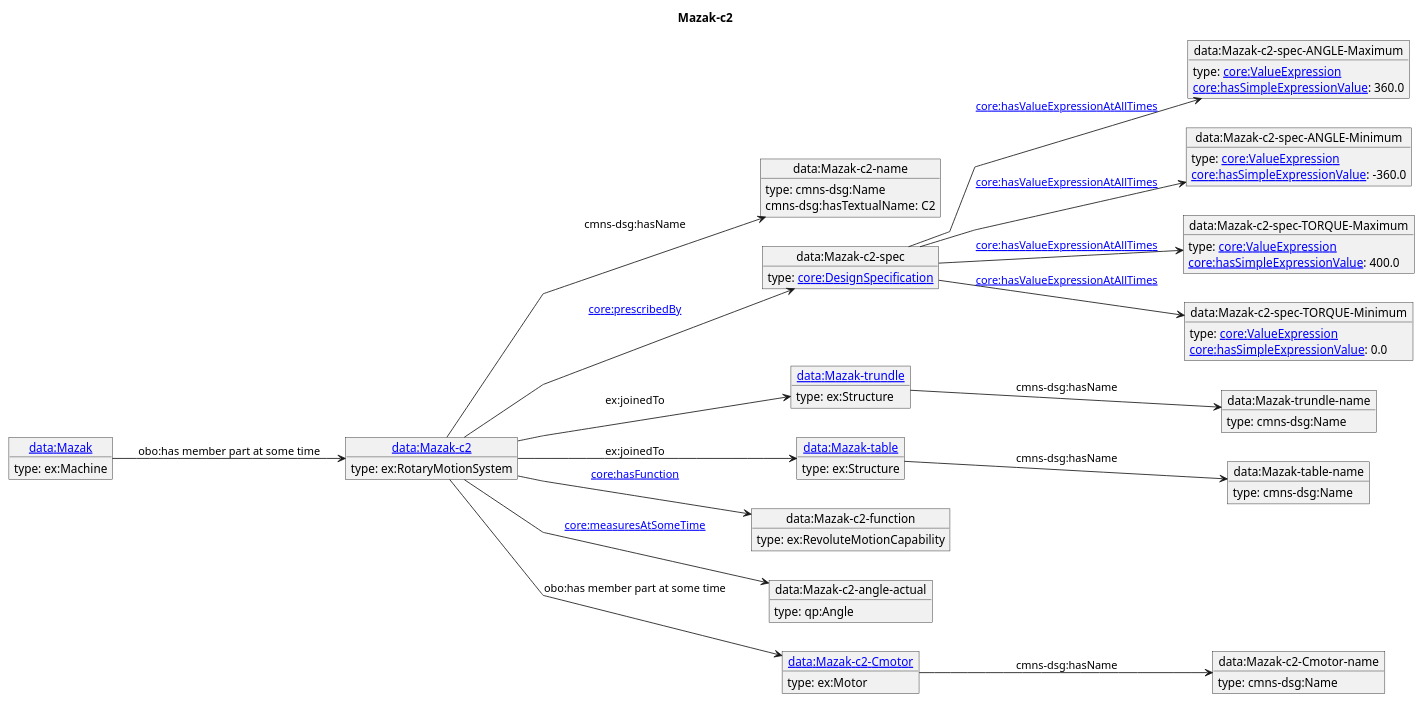
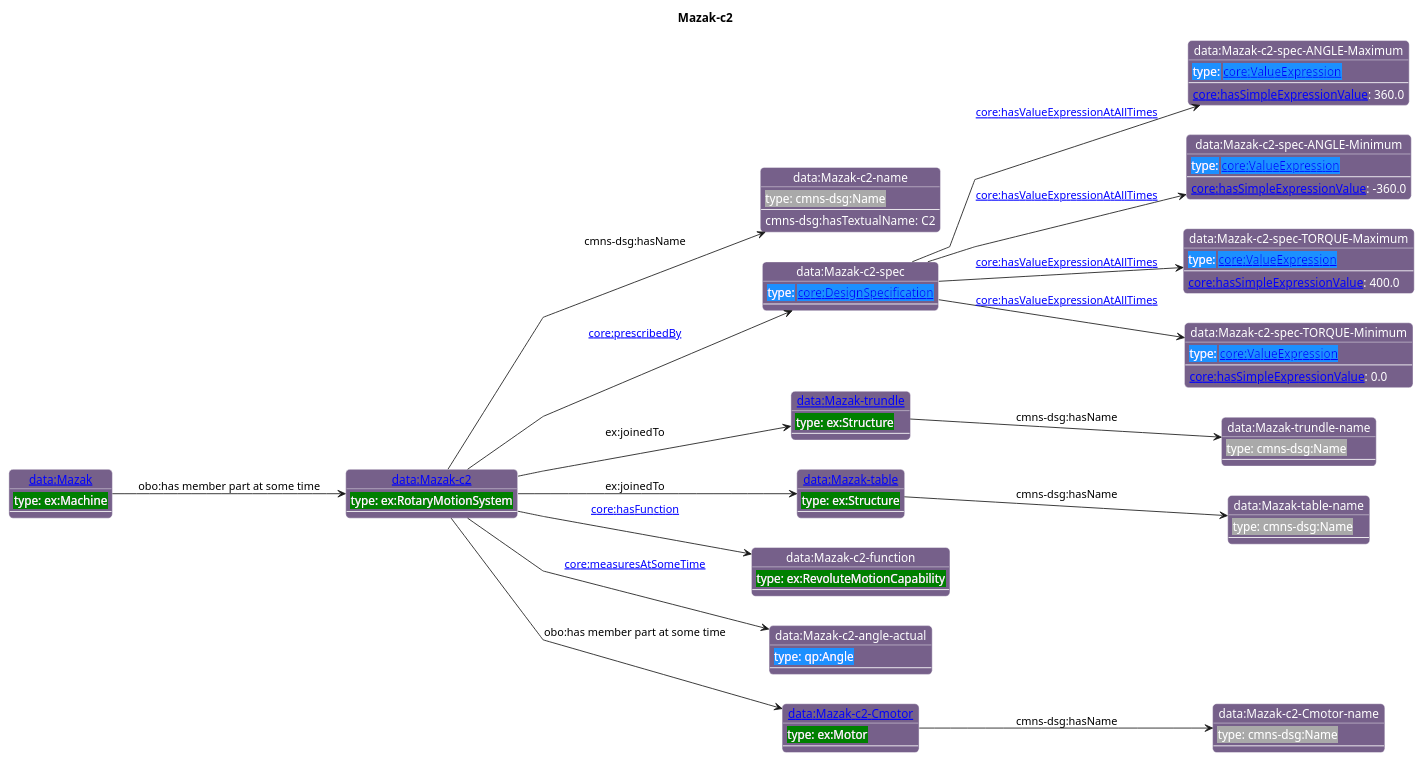
One commit to iofoundry/example-syseng-mtconnect changed the diagram in diagrams/Mazak-c2.puml. Above: the diagram before and after it, drawn with PlantUML. The commit also changed 144 other files, not shown here.

```diff
--- a/diagrams/Mazak-c2.puml
+++ b/diagrams/Mazak-c2.puml
@@ -1,73 +1,106 @@
 @startuml
 skinparam linetype polyline
 left to right direction
 title Mazak-c2
-object "[[./Mazak-c2.html data:Mazak-c2]]" as o1 {
- type: ex:RotaryMotionSystem 
+
+skinparam roundCorner 10
+
+skinparam object {
+  BackgroundColor 76608A
+  fontColor White
+  BorderColor White 
+  FontName Helvetica   
 }
-object "data:Mazak-c2-name" as o2 {
- type: cmns-dsg:Name 
+
+skinparam class{
+   BackgroundColor White
+   fontColor black
+   FontStyle bold
+   FontName Helvetica
 }
-object "data:Mazak-c2-spec" as o3 {
- type: [[https://spec.industrialontologies.org/ontology/core/Core/DesignSpecification core:DesignSpecification]] 
-}
-object "data:Mazak-c2-spec-ANGLE-Maximum" as o4 {
- type: [[https://spec.industrialontologies.org/ontology/core/Core/ValueExpression core:ValueExpression]] 
-}
-object "data:Mazak-c2-spec-ANGLE-Minimum" as o5 {
- type: [[https://spec.industrialontologies.org/ontology/core/Core/ValueExpression core:ValueExpression]] 
-}
-object "data:Mazak-c2-spec-TORQUE-Maximum" as o6 {
- type: [[https://spec.industrialontologies.org/ontology/core/Core/ValueExpression core:ValueExpression]] 
-}
-object "data:Mazak-c2-spec-TORQUE-Minimum" as o7 {
- type: [[https://spec.industrialontologies.org/ontology/core/Core/ValueExpression core:ValueExpression]] 
-}
-object "[[./Mazak-trundle.html data:Mazak-trundle]]" as o8 {
- type: ex:Structure 
-}
-object "data:Mazak-trundle-name" as o9 {
- type: cmns-dsg:Name 
-}
-object "[[./Mazak-table.html data:Mazak-table]]" as o10 {
- type: ex:Structure 
-}
-object "data:Mazak-table-name" as o11 {
- type: cmns-dsg:Name 
-}
-object "data:Mazak-c2-function" as o12 {
- type: ex:RevoluteMotionCapability 
-}
-object "data:Mazak-c2-angle-actual" as o13 {
- type: qp:Angle 
-}
-object "[[./Mazak-c2-Cmotor.html data:Mazak-c2-Cmotor]]" as o14 {
- type: ex:Motor 
-}
-object "data:Mazak-c2-Cmotor-name" as o15 {
- type: cmns-dsg:Name 
-}
-object "[[./Mazak.html data:Mazak]]" as o16 {
- type: ex:Machine 
-}
+
+object "[[./Mazak-c2.html data:Mazak-c2]]" as o1 #76608A {
+ <back:#Green>type: ex:RotaryMotionSystem</back> 
+---
+ }
+object "data:Mazak-c2-name" as o2 #76608A {
+ <back:#DarkGrey>type: cmns-dsg:Name</back> 
+---
+ }
+object "data:Mazak-c2-spec" as o3 #76608A {
+ <back:#1E90FF>type: [[https://spec.industrialontologies.org/ontology/core/Core/DesignSpecification core:DesignSpecification]]</back> 
+---
+ }
+object "data:Mazak-c2-spec-ANGLE-Maximum" as o4 #76608A {
+ <back:#1E90FF>type: [[https://spec.industrialontologies.org/ontology/core/Core/ValueExpression core:ValueExpression]]</back> 
+---
+ }
+object "data:Mazak-c2-spec-ANGLE-Minimum" as o5 #76608A {
+ <back:#1E90FF>type: [[https://spec.industrialontologies.org/ontology/core/Core/ValueExpression core:ValueExpression]]</back> 
+---
+ }
+object "data:Mazak-c2-spec-TORQUE-Maximum" as o6 #76608A {
+ <back:#1E90FF>type: [[https://spec.industrialontologies.org/ontology/core/Core/ValueExpression core:ValueExpression]]</back> 
+---
+ }
+object "data:Mazak-c2-spec-TORQUE-Minimum" as o7 #76608A {
+ <back:#1E90FF>type: [[https://spec.industrialontologies.org/ontology/core/Core/ValueExpression core:ValueExpression]]</back> 
+---
+ }
+object "[[./Mazak-trundle.html data:Mazak-trundle]]" as o8 #76608A {
+ <back:#Green>type: ex:Structure</back> 
+---
+ }
+object "data:Mazak-trundle-name" as o9 #76608A {
+ <back:#DarkGrey>type: cmns-dsg:Name</back> 
+---
+ }
+object "[[./Mazak-table.html data:Mazak-table]]" as o10 #76608A {
+ <back:#Green>type: ex:Structure</back> 
+---
+ }
+object "data:Mazak-table-name" as o11 #76608A {
+ <back:#DarkGrey>type: cmns-dsg:Name</back> 
+---
+ }
+object "data:Mazak-c2-function" as o12 #76608A {
+ <back:#Green>type: ex:RevoluteMotionCapability</back> 
+---
+ }
+object "data:Mazak-c2-angle-actual" as o13 #76608A {
+ <back:#1E90FF>type: qp:Angle</back> 
+---
+ }
+object "[[./Mazak-c2-Cmotor.html data:Mazak-c2-Cmotor]]" as o14 #76608A {
+ <back:#Green>type: ex:Motor</back> 
+---
+ }
+object "data:Mazak-c2-Cmotor-name" as o15 #76608A {
+ <back:#DarkGrey>type: cmns-dsg:Name</back> 
+---
+ }
+object "[[./Mazak.html data:Mazak]]" as o16 #76608A {
+ <back:#Green>type: ex:Machine</back> 
+---
+ }
 o1 --> o2 : cmns-dsg:hasName
 o2 : cmns-dsg:hasTextualName: C2
 o1 --> o3 : [[https://spec.industrialontologies.org/ontology/core/Core/prescribedBy core:prescribedBy]]
 o3 --> o4 : [[https://spec.industrialontologies.org/ontology/core/Core/hasValueExpressionAtAllTimes core:hasValueExpressionAtAllTimes]]
 o4 : [[https://spec.industrialontologies.org/ontology/core/Core/hasSimpleExpressionValue core:hasSimpleExpressionValue]]: 360.0
 o3 --> o5 : [[https://spec.industrialontologies.org/ontology/core/Core/hasValueExpressionAtAllTimes core:hasValueExpressionAtAllTimes]]
 o5 : [[https://spec.industrialontologies.org/ontology/core/Core/hasSimpleExpressionValue core:hasSimpleExpressionValue]]: -360.0
 o3 --> o6 : [[https://spec.industrialontologies.org/ontology/core/Core/hasValueExpressionAtAllTimes core:hasValueExpressionAtAllTimes]]
 o6 : [[https://spec.industrialontologies.org/ontology/core/Core/hasSimpleExpressionValue core:hasSimpleExpressionValue]]: 400.0
 o3 --> o7 : [[https://spec.industrialontologies.org/ontology/core/Core/hasValueExpressionAtAllTimes core:hasValueExpressionAtAllTimes]]
 o7 : [[https://spec.industrialontologies.org/ontology/core/Core/hasSimpleExpressionValue core:hasSimpleExpressionValue]]: 0.0
 o1 --> o8 : ex:joinedTo
 o8 --> o9 : cmns-dsg:hasName
 o1 --> o10 : ex:joinedTo
 o10 --> o11 : cmns-dsg:hasName
 o1 --> o12 : [[https://spec.industrialontologies.org/ontology/core/Core/hasFunction core:hasFunction]]
 o1 --> o13 : [[https://spec.industrialontologies.org/ontology/core/Core/measuresAtSomeTime core:measuresAtSomeTime]]
 o1 --> o14 : obo:has member part at some time
 o14 --> o15 : cmns-dsg:hasName
 o16 --> o1 : obo:has member part at some time
 @enduml
```
